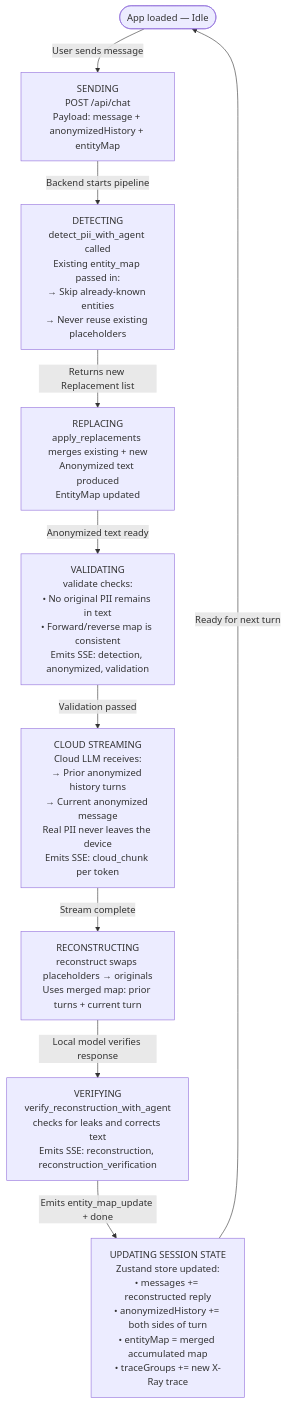
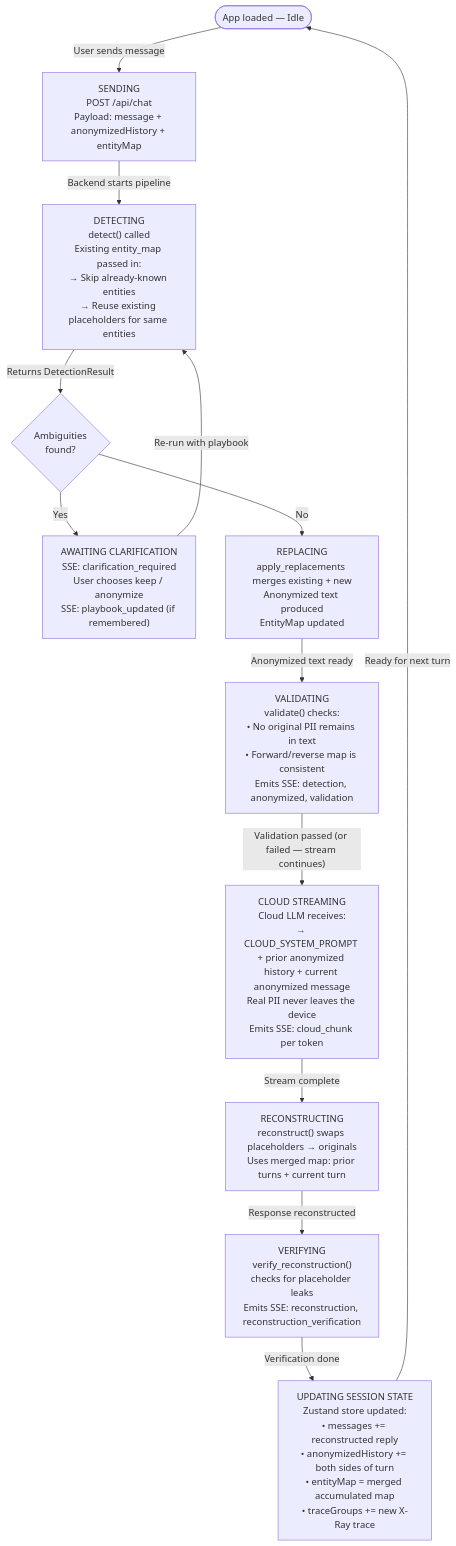
Before and after one commit to itzrnvr/CloakChat: the third of 6 diagrams in diagrams.md, drawn with Mermaid. The commit also changed other lines of this file and 12 other files, not shown here.

First line of the commit message:
fix: provider routing, verification skip, and accurate diagrams

````diff
--- a/diagrams.md
+++ b/diagrams.md
@@ -132,38 +141,45 @@
 ```mermaid
 flowchart TD
     START(["App loaded — Idle"])
 
     START -->|"User sends message"| S1
 
     S1["SENDING\nPOST /api/chat\nPayload: message + anonymizedHistory + entityMap"]
 
     S1 -->|"Backend starts pipeline"| S2
 
-    S2["DETECTING\ndetect_pii_with_agent called\nExisting entity_map passed in:\n→ Skip already-known entities\n→ Never reuse existing placeholders"]
+    S2["DETECTING\ndetect() called\nExisting entity_map passed in:\n→ Skip already-known entities\n→ Reuse existing placeholders for same entities"]
 
-    S2 -->|"Returns new Replacement list"| S3
+    S2 -->|"Returns DetectionResult"| S3
 
-    S3["REPLACING\napply_replacements merges existing + new\nAnonymized text produced\nEntityMap updated"]
+    S3{"Ambiguities\nfound?"}
 
-    S3 -->|"Anonymized text ready"| S4
+    S3 -->|"Yes"| SA["AWAITING CLARIFICATION\nSSE: clarification_required\nUser chooses keep / anonymize\nSSE: playbook_updated (if remembered)"]
+    SA -->|"Re-run with playbook"| S2
 
-    S4["VALIDATING\nvalidate checks:\n• No original PII remains in text\n• Forward/reverse map is consistent\nEmits SSE: detection, anonymized, validation"]
+    S3 -->|"No"| S4
 
-    S4 -->|"Validation passed"| S5
+    S4["REPLACING\napply_replacements merges existing + new\nAnonymized text produced\nEntityMap updated"]
 
-    S5["CLOUD STREAMING\nCloud LLM receives:\n→ Prior anonymized history turns\n→ Current anonymized message\nReal PII never leaves the device\nEmits SSE: cloud_chunk per token"]
+    S4 -->|"Anonymized text ready"| S5
 
-    S5 -->|"Stream complete"| S6
+    S5["VALIDATING\nvalidate() checks:\n• No original PII remains in text\n• Forward/reverse map is consistent\nEmits SSE: detection, anonymized, validation"]
 
-    S6["RECONSTRUCTING\nreconstruct swaps placeholders → originals\nUses merged map: prior turns + current turn"]
+    S5 -->|"Validation passed (or failed — stream continues)"| S6
 
-    S6 -->|"Local model verifies response"| S7
+    S6["CLOUD STREAMING\nCloud LLM receives:\n→ CLOUD_SYSTEM_PROMPT + prior anonymized history + current anonymized message\nReal PII never leaves the device\nEmits SSE: cloud_chunk per token"]
 
-    S7["VERIFYING\nverify_reconstruction_with_agent\nchecks for leaks and corrects text\nEmits SSE: reconstruction, reconstruction_verification"]
+    S6 -->|"Stream complete"| S7
 
-    S7 -->|"Emits entity_map_update + done"| S8
+    S7["RECONSTRUCTING\nreconstruct() swaps placeholders → originals\nUses merged map: prior turns + current turn"]
 
-    S8["UPDATING SESSION STATE\nZustand store updated:\n• messages += reconstructed reply\n• anonymizedHistory += both sides of turn\n• entityMap = merged accumulated map\n• traceGroups += new X-Ray trace"]
+    S7 -->|"Response reconstructed"| S8
 
-    S8 -->|"Ready for next turn"| START
+    S8["VERIFYING\nverify_reconstruction()\nchecks for placeholder leaks\nEmits SSE: reconstruction, reconstruction_verification"]
+
+    S8 -->|"Verification done"| S9
+
+    S9["UPDATING SESSION STATE\nZustand store updated:\n• messages += reconstructed reply\n• anonymizedHistory += both sides of turn\n• entityMap = merged accumulated map\n• traceGroups += new X-Ray trace"]
+
+    S9 -->|"Ready for next turn"| START
 ```
````
